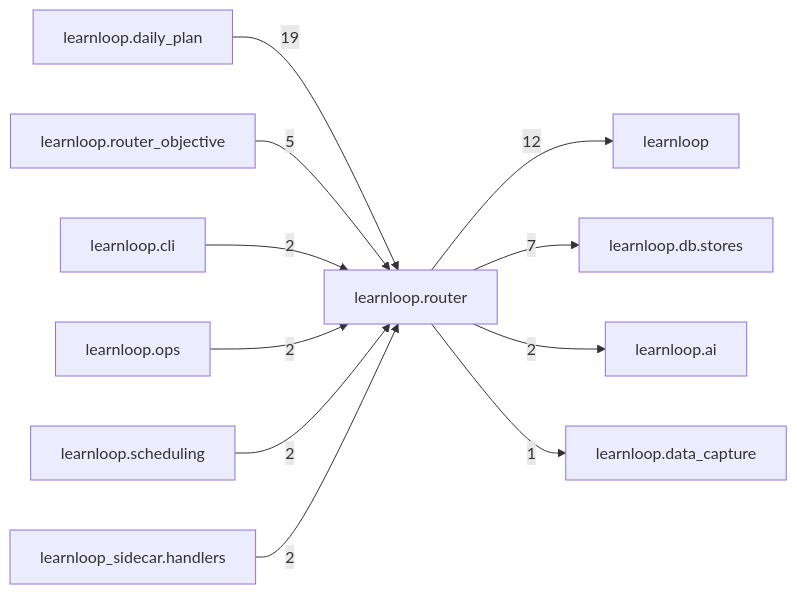
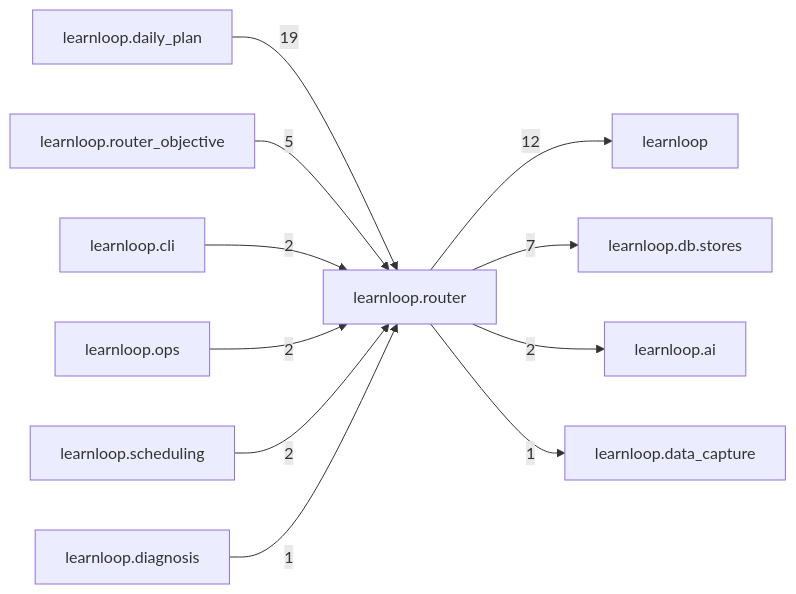
The diagram in docs/learnloop-architecture-vault/Reference/Modules/learnloop/router/_package.md (6up-b/learnanything), drawn with Mermaid before and after one commit. The commit also changed other lines of this file and 154 other files, not shown here.

````diff
--- a/docs/learnloop-architecture-vault/Reference/Modules/learnloop/router/_package.md
+++ b/docs/learnloop-architecture-vault/Reference/Modules/learnloop/router/_package.md
@@ -96,24 +96,24 @@
 ```mermaid
 flowchart LR
     center["learnloop.router"]
     n_learnloop_daily_plan["learnloop.daily_plan"]
     n_learnloop["learnloop"]
     n_learnloop_db_stores["learnloop.db.stores"]
     n_learnloop_router_objective["learnloop.router_objective"]
     n_learnloop_ai["learnloop.ai"]
     n_learnloop_cli["learnloop.cli"]
     n_learnloop_ops["learnloop.ops"]
     n_learnloop_scheduling["learnloop.scheduling"]
-    n_learnloop_sidecar_handlers["learnloop_sidecar.handlers"]
     n_learnloop_data_capture["learnloop.data_capture"]
+    n_learnloop_diagnosis["learnloop.diagnosis"]
     n_learnloop_daily_plan -->|19| center
     center -->|12| n_learnloop
     center -->|7| n_learnloop_db_stores
     n_learnloop_router_objective -->|5| center
     center -->|2| n_learnloop_ai
     n_learnloop_cli -->|2| center
     n_learnloop_ops -->|2| center
     n_learnloop_scheduling -->|2| center
-    n_learnloop_sidecar_handlers -->|2| center
     center -->|1| n_learnloop_data_capture
+    n_learnloop_diagnosis -->|1| center
 ```
````
